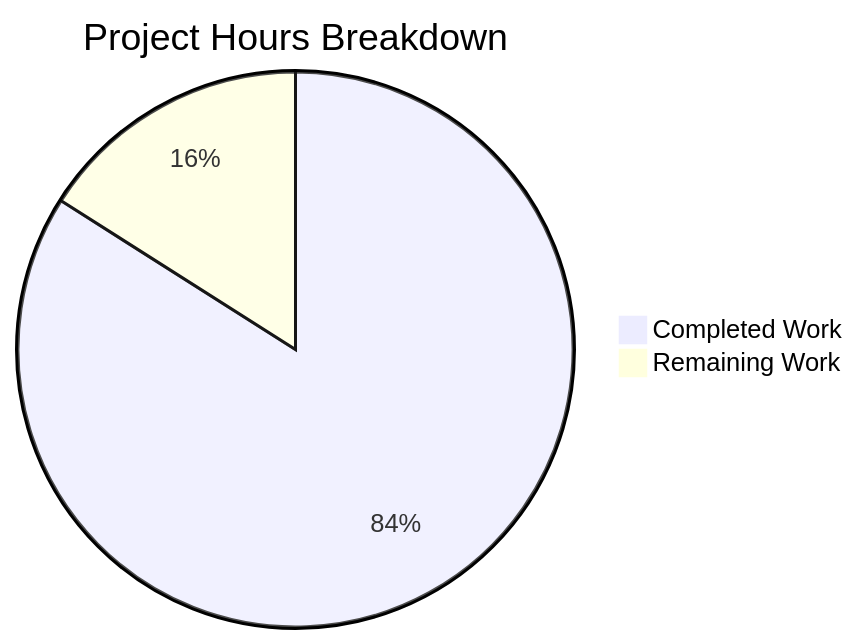
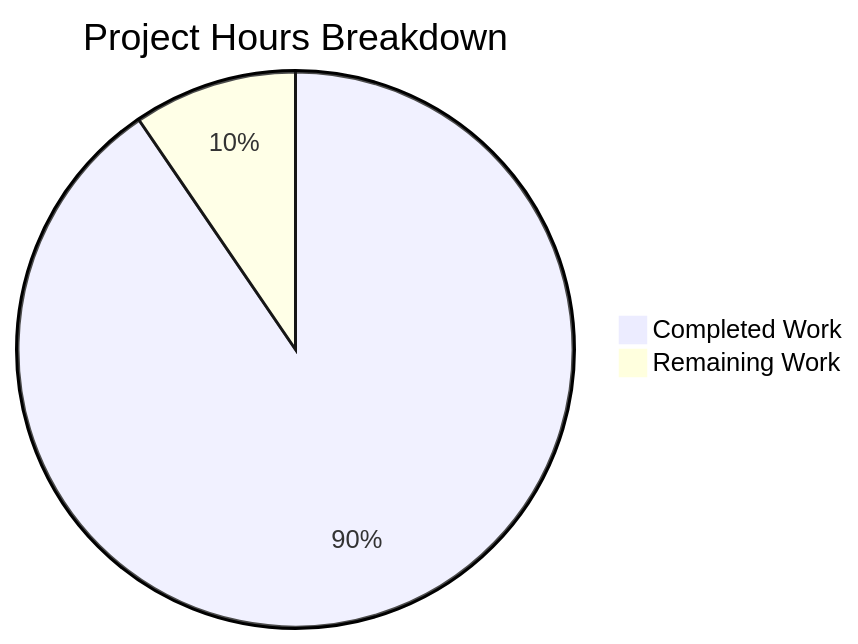
Before and after one commit to Blitzy-Sandbox/blitzy-cal: the second of 5 diagrams in blitzy/documentation/Project Guide.md, drawn with Mermaid. The commit also changed other lines of this file, not shown here.

````diff
--- a/blitzy/documentation/Project Guide.md
+++ b/blitzy/documentation/Project Guide.md
@@ -185,5 +212,5 @@
 ```mermaid
 pie title Project Hours Breakdown
-    "Completed Work" : 42
+    "Completed Work" : 76
     "Remaining Work" : 8
 ```
````
